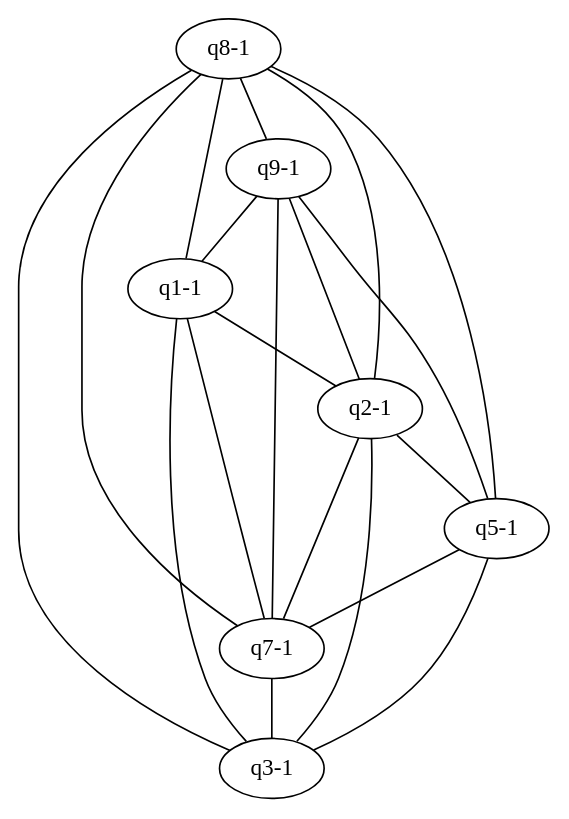
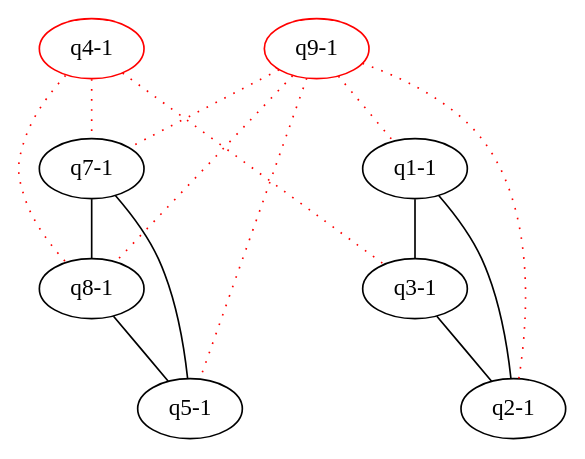
One commit to michaelweiss/keygraph changed the diagram in dot/d1.dot. Above: the diagram before and after it, drawn with Graphviz. The commit also changed 6 other files, not shown here.

Commit message:
add overlap attribute to graph

```diff
--- a/dot/d1.dot
+++ b/dot/d1.dot
@@ -1,29 +1,25 @@
 graph keygraph {
-graph [size="10,10"]
-"q8-1" [color="black"]
+graph [size="10,10", overlap="scale"]
 "q1-1" [color="black"]
-"q9-1" [color="black"]
-"q7-1" [color="black"]
 "q2-1" [color="black"]
 "q5-1" [color="black"]
 "q3-1" [color="black"]
-"q8-1"--"q1-1"
-"q8-1"--"q3-1"
-"q8-1"--"q9-1"
-"q8-1"--"q2-1"
-"q8-1"--"q5-1"
-"q8-1"--"q7-1"
-"q9-1"--"q1-1"
-"q9-1"--"q2-1"
-"q9-1"--"q5-1"
-"q9-1"--"q7-1"
-"q1-1"--"q7-1"
+"q7-1" [color="black"]
+"q8-1" [color="black"]
+"q4-1" [color="red"]
+"q9-1" [color="red"]
 "q1-1"--"q3-1"
 "q1-1"--"q2-1"
-"q2-1"--"q5-1"
-"q2-1"--"q7-1"
-"q2-1"--"q3-1"
-"q5-1"--"q3-1"
-"q5-1"--"q7-1"
-"q7-1"--"q3-1"
+"q3-1"--"q2-1"
+"q7-1"--"q5-1"
+"q7-1"--"q8-1"
+"q8-1"--"q5-1"
+"q4-1"--"q3-1" [color="red", style="dotted"]
+"q4-1"--"q7-1" [color="red", style="dotted"]
+"q4-1"--"q8-1" [color="red", style="dotted"]
+"q9-1"--"q1-1" [color="red", style="dotted"]
+"q9-1"--"q2-1" [color="red", style="dotted"]
+"q9-1"--"q5-1" [color="red", style="dotted"]
+"q9-1"--"q7-1" [color="red", style="dotted"]
+"q9-1"--"q8-1" [color="red", style="dotted"]
 }
```
